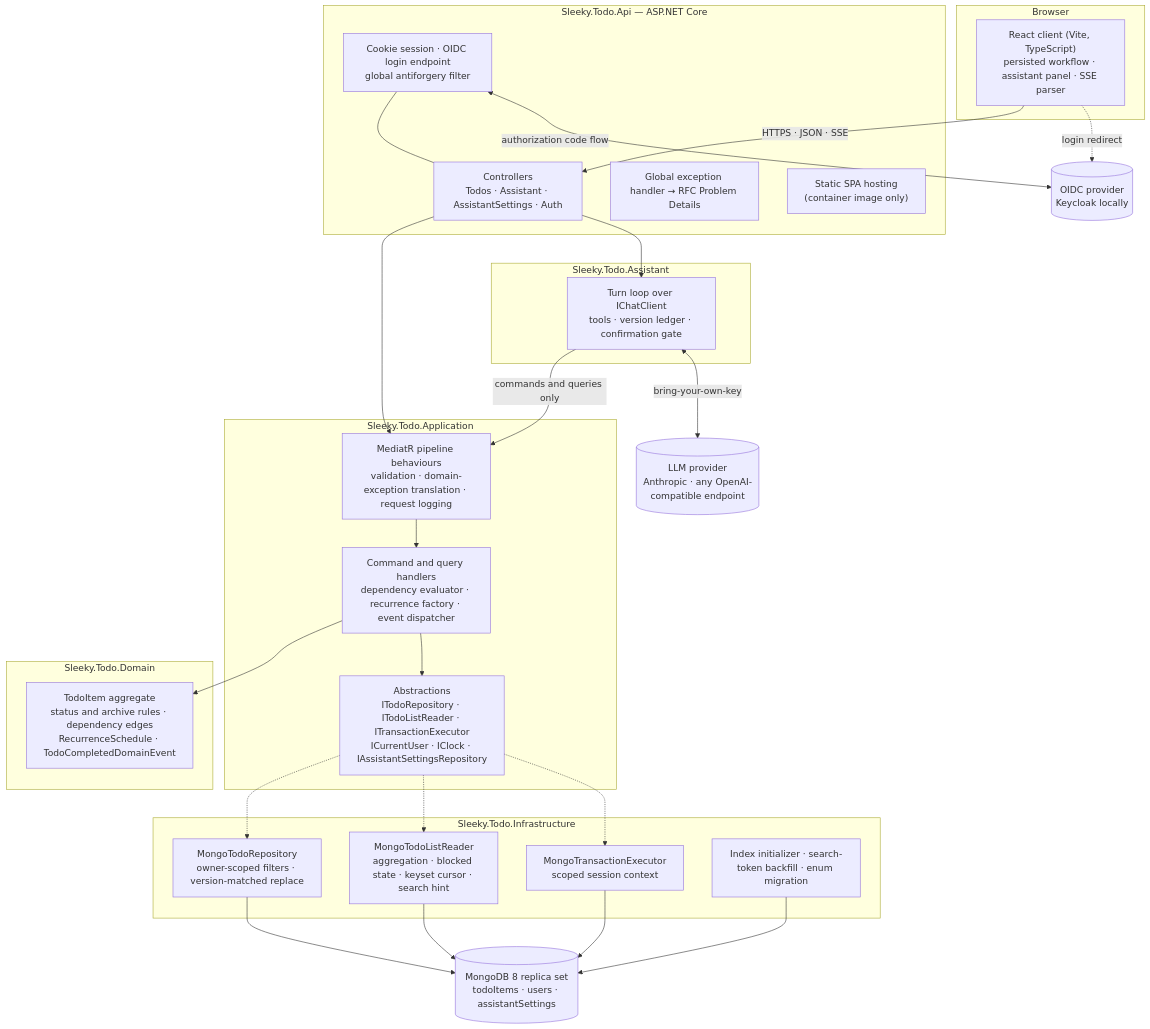
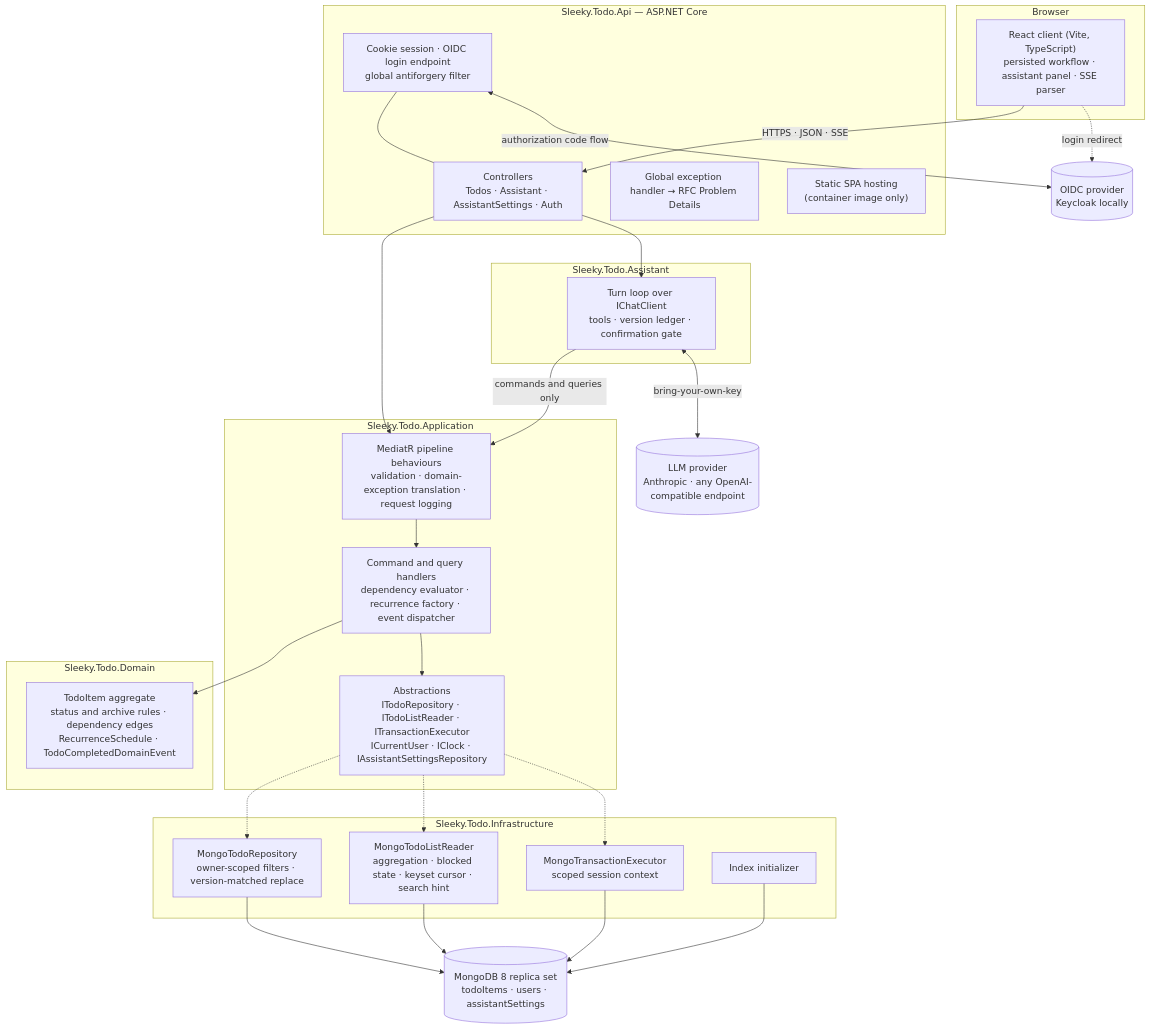
The first of 2 diagrams in docs/architecture.md (Space0Timer/sleeky-todo), drawn with Mermaid before and after one commit. The commit also changed other lines of this file and 8 other files, not shown here.

````diff
--- a/docs/architecture.md
+++ b/docs/architecture.md
@@ -7,57 +7,57 @@
 ```mermaid
 flowchart TB
     subgraph browser["Browser"]
         spa["React client (Vite, TypeScript)<br/>persisted workflow · assistant panel · SSE parser"]
     end
 
     subgraph api["Sleeky.Todo.Api — ASP.NET Core"]
         auth["Cookie session · OIDC login endpoint<br/>global antiforgery filter"]
         controllers["Controllers<br/>Todos · Assistant · AssistantSettings · Auth"]
         problems["Global exception handler → RFC Problem Details"]
         static["Static SPA hosting<br/>(container image only)"]
     end
 
     subgraph assistant["Sleeky.Todo.Assistant"]
         turn["Turn loop over IChatClient<br/>tools · version ledger · confirmation gate"]
     end
 
     subgraph application["Sleeky.Todo.Application"]
         pipeline["MediatR pipeline behaviours<br/>validation · domain-exception translation · request logging"]
         handlers["Command and query handlers<br/>dependency evaluator · recurrence factory · event dispatcher"]
         abstractions["Abstractions<br/>ITodoRepository · ITodoListReader · ITransactionExecutor<br/>ICurrentUser · IClock · IAssistantSettingsRepository"]
     end
 
     subgraph domain["Sleeky.Todo.Domain"]
         entity["TodoItem aggregate<br/>status and archive rules · dependency edges<br/>RecurrenceSchedule · TodoCompletedDomainEvent"]
     end
 
     subgraph infrastructure["Sleeky.Todo.Infrastructure"]
         repo["MongoTodoRepository<br/>owner-scoped filters · version-matched replace"]
         reader["MongoTodoListReader<br/>aggregation · blocked state · keyset cursor · search hint"]
         tx["MongoTransactionExecutor<br/>scoped session context"]
-        startup["Index initializer · search-token backfill · enum migration"]
+        startup["Index initializer"]
     end
 
     mongo[("MongoDB 8 replica set<br/>todoItems · users · assistantSettings")]
     idp[("OIDC provider<br/>Keycloak locally")]
     llm[("LLM provider<br/>Anthropic · any OpenAI-compatible endpoint")]
 
     spa -->|"HTTPS · JSON · SSE"| controllers
     spa -.->|"login redirect"| idp
     auth --- controllers
     controllers --> pipeline
     controllers --> turn
     turn -->|"commands and queries only"| pipeline
     turn <-->|"bring-your-own-key"| llm
     pipeline --> handlers
     handlers --> entity
     handlers --> abstractions
     abstractions -.-> repo
     abstractions -.-> reader
     abstractions -.-> tx
     repo --> mongo
     reader --> mongo
     tx --> mongo
     startup --> mongo
     auth <-->|"authorization code flow"| idp
 ```
````
